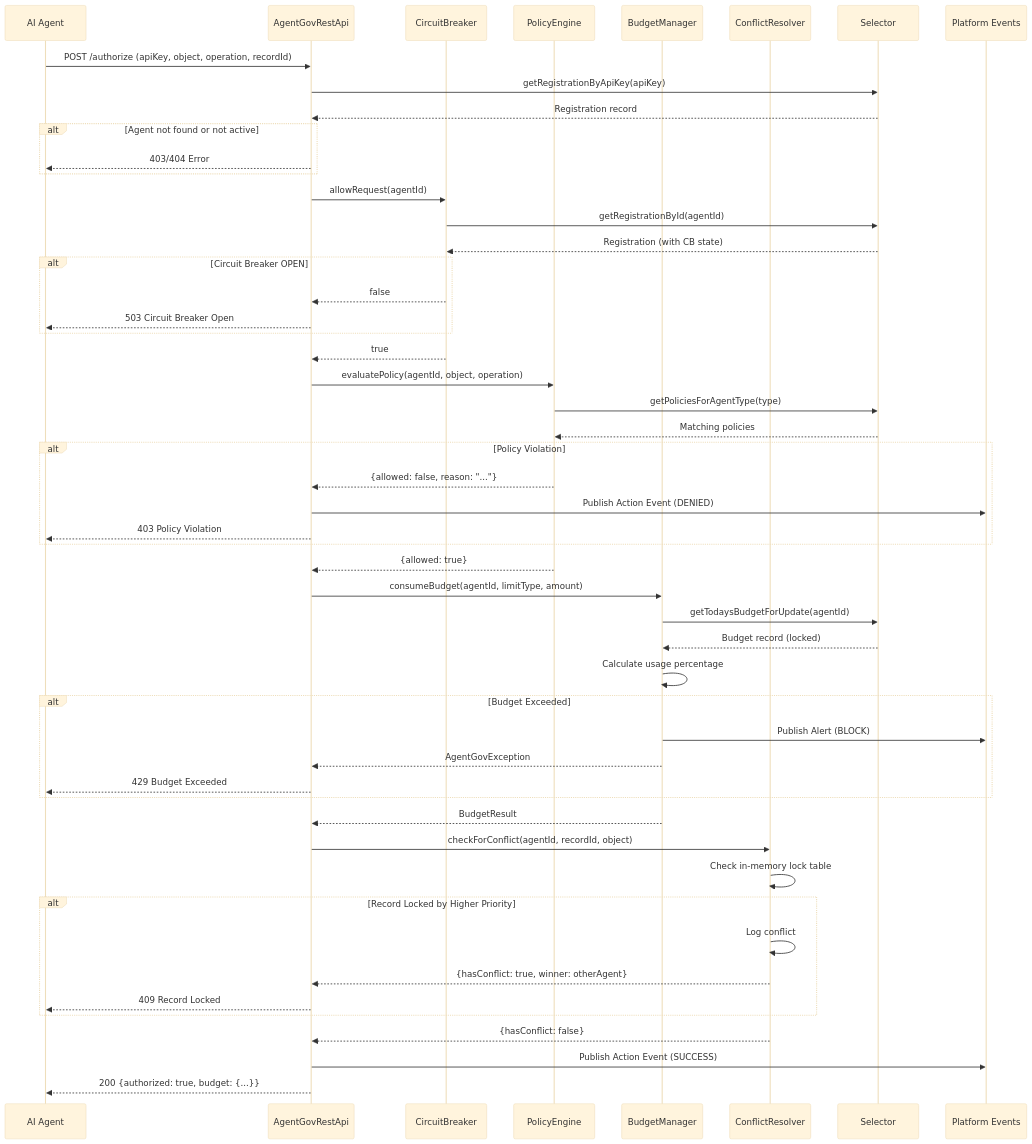
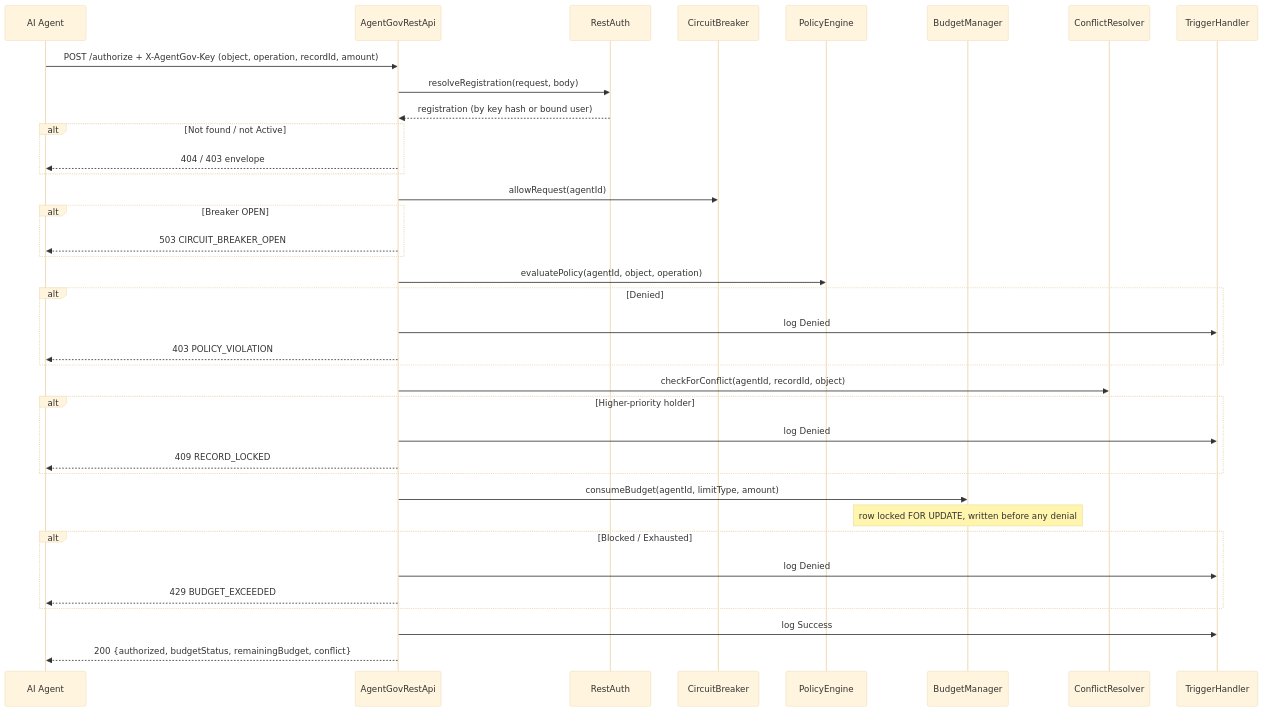
Before and after one commit to himanshupalerwal/salesforce-agent-governance: the fourth of 6 diagrams in docs/architecture.md, drawn with Mermaid (base theme). The commit also changed other lines of this file and 19 other files, not shown here.

````diff
--- a/docs/architecture.md
+++ b/docs/architecture.md
@@ -247,69 +286,40 @@
 ```mermaid
 sequenceDiagram
     participant Agent as AI Agent
     participant REST as AgentGovRestApi
+    participant AUTH as RestAuth
     participant CB as CircuitBreaker
     participant PE as PolicyEngine
     participant BM as BudgetManager
     participant CR as ConflictResolver
-    participant SEL as Selector
-    participant EVT as Platform Events
+    participant TH as TriggerHandler
 
-    Agent->>REST: POST /authorize (apiKey, object, operation, recordId)
-    REST->>SEL: getRegistrationByApiKey(apiKey)
-    SEL-->>REST: Registration record
-
-    alt Agent not found or not active
-        REST-->>Agent: 403/404 Error
+    Agent->>REST: POST /authorize + X-AgentGov-Key (object, operation, recordId, amount)
+    REST->>AUTH: resolveRegistration(request, body)
+    AUTH-->>REST: registration (by key hash or bound user)
+    alt Not found / not Active
+        REST-->>Agent: 404 / 403 envelope
     end
-
     REST->>CB: allowRequest(agentId)
-    CB->>SEL: getRegistrationById(agentId)
-    SEL-->>CB: Registration (with CB state)
-
-    alt Circuit Breaker OPEN
-        CB-->>REST: false
-        REST-->>Agent: 503 Circuit Breaker Open
+    alt Breaker OPEN
+        REST-->>Agent: 503 CIRCUIT_BREAKER_OPEN
     end
-
-    CB-->>REST: true
-
     REST->>PE: evaluatePolicy(agentId, object, operation)
-    PE->>SEL: getPoliciesForAgentType(type)
-    SEL-->>PE: Matching policies
-
-    alt Policy Violation
-        PE-->>REST: {allowed: false, reason: "..."}
-        REST->>EVT: Publish Action Event (DENIED)
-        REST-->>Agent: 403 Policy Violation
+    alt Denied
+        REST->>TH: log Denied
+        REST-->>Agent: 403 POLICY_VIOLATION
     end
-
-    PE-->>REST: {allowed: true}
-
+    REST->>CR: checkForConflict(agentId, recordId, object)
+    alt Higher-priority holder
+        REST->>TH: log Denied
+        REST-->>Agent: 409 RECORD_LOCKED
+    end
     REST->>BM: consumeBudget(agentId, limitType, amount)
-    BM->>SEL: getTodaysBudgetForUpdate(agentId)
-    SEL-->>BM: Budget record (locked)
-    BM->>BM: Calculate usage percentage
-
-    alt Budget Exceeded
-        BM->>EVT: Publish Alert (BLOCK)
-        BM-->>REST: AgentGovException
-        REST-->>Agent: 429 Budget Exceeded
+    Note over BM: row locked FOR UPDATE, written before any denial
+    alt Blocked / Exhausted
+        REST->>TH: log Denied
+        REST-->>Agent: 429 BUDGET_EXCEEDED
     end
-
-    BM-->>REST: BudgetResult
-
-    REST->>CR: checkForConflict(agentId, recordId, object)
-    CR->>CR: Check in-memory lock table
-
-    alt Record Locked by Higher Priority
-        CR->>CR: Log conflict
-        CR-->>REST: {hasConflict: true, winner: otherAgent}
-        REST-->>Agent: 409 Record Locked
-    end
-
-    CR-->>REST: {hasConflict: false}
-
-    REST->>EVT: Publish Action Event (SUCCESS)
-    REST-->>Agent: 200 {authorized: true, budget: {...}}
+    REST->>TH: log Success
+    REST-->>Agent: 200 {authorized, budgetStatus, remainingBudget, conflict}
 ```
````
